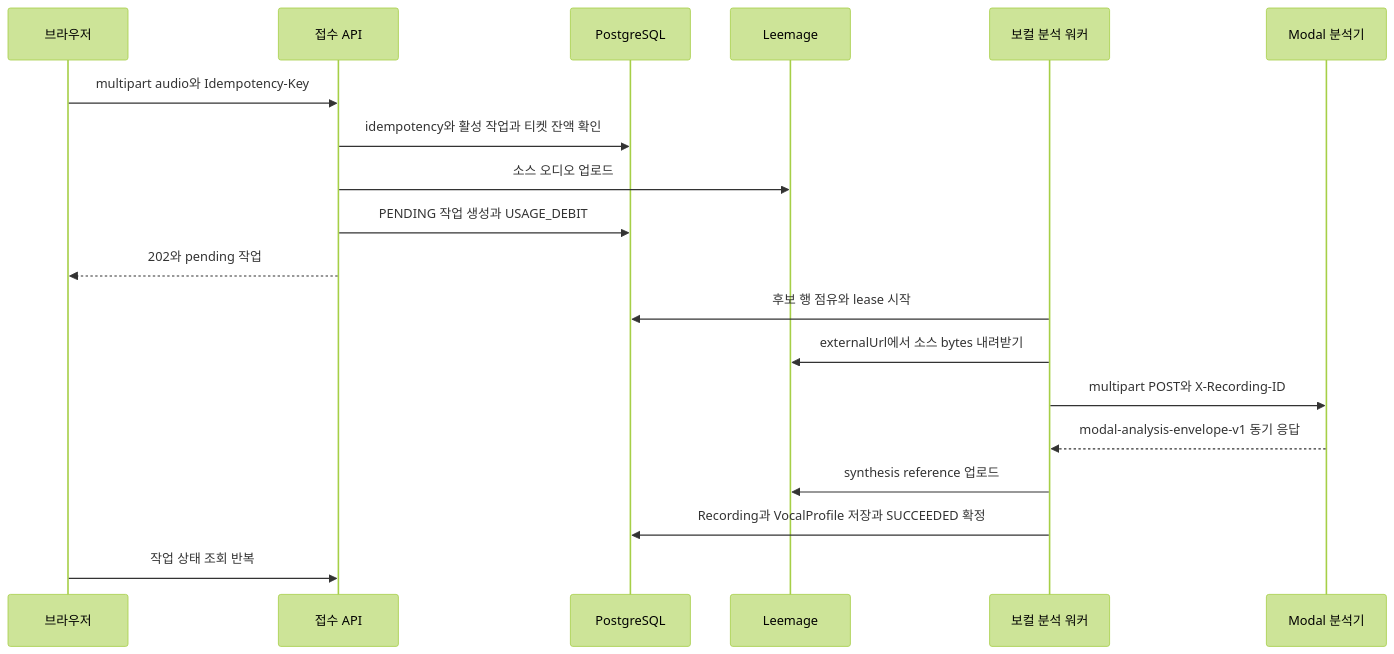
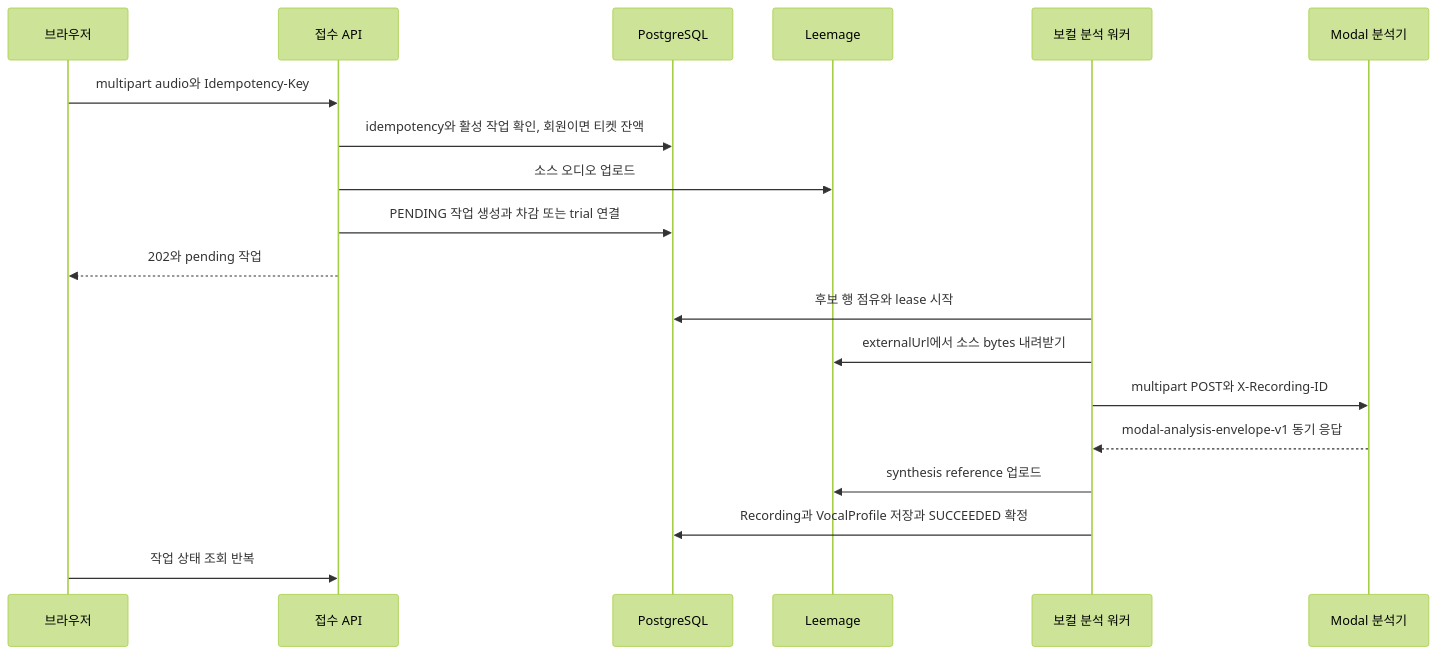
One commit to leey00nsu/copy-singer changed the first of 2 diagrams in openwiki/workflows/vocal-profile-analysis.md. Above: the diagram before and after it, drawn with Mermaid (forest theme). The commit also changed other lines of this file and 55 other files, not shown here.

````diff
--- a/openwiki/workflows/vocal-profile-analysis.md
+++ b/openwiki/workflows/vocal-profile-analysis.md
@@ -69,21 +75,21 @@
 ```mermaid
 sequenceDiagram
   participant BR as 브라우저
   participant RT as 접수 API
   participant DB as PostgreSQL
   participant LM as Leemage
   participant WK as 보컬 분석 워커
   participant MD as Modal 분석기
   BR->>RT: multipart audio와 Idempotency-Key
-  RT->>DB: idempotency와 활성 작업과 티켓 잔액 확인
+  RT->>DB: idempotency와 활성 작업 확인, 회원이면 티켓 잔액
   RT->>LM: 소스 오디오 업로드
-  RT->>DB: PENDING 작업 생성과 USAGE_DEBIT
+  RT->>DB: PENDING 작업 생성과 차감 또는 trial 연결
   RT-->>BR: 202와 pending 작업
   WK->>DB: 후보 행 점유와 lease 시작
   WK->>LM: externalUrl에서 소스 bytes 내려받기
   WK->>MD: multipart POST와 X-Recording-ID
   MD-->>WK: modal-analysis-envelope-v1 동기 응답
   WK->>LM: synthesis reference 업로드
   WK->>DB: Recording과 VocalProfile 저장과 SUCCEEDED 확정
   BR->>RT: 작업 상태 조회 반복
 ```
````
